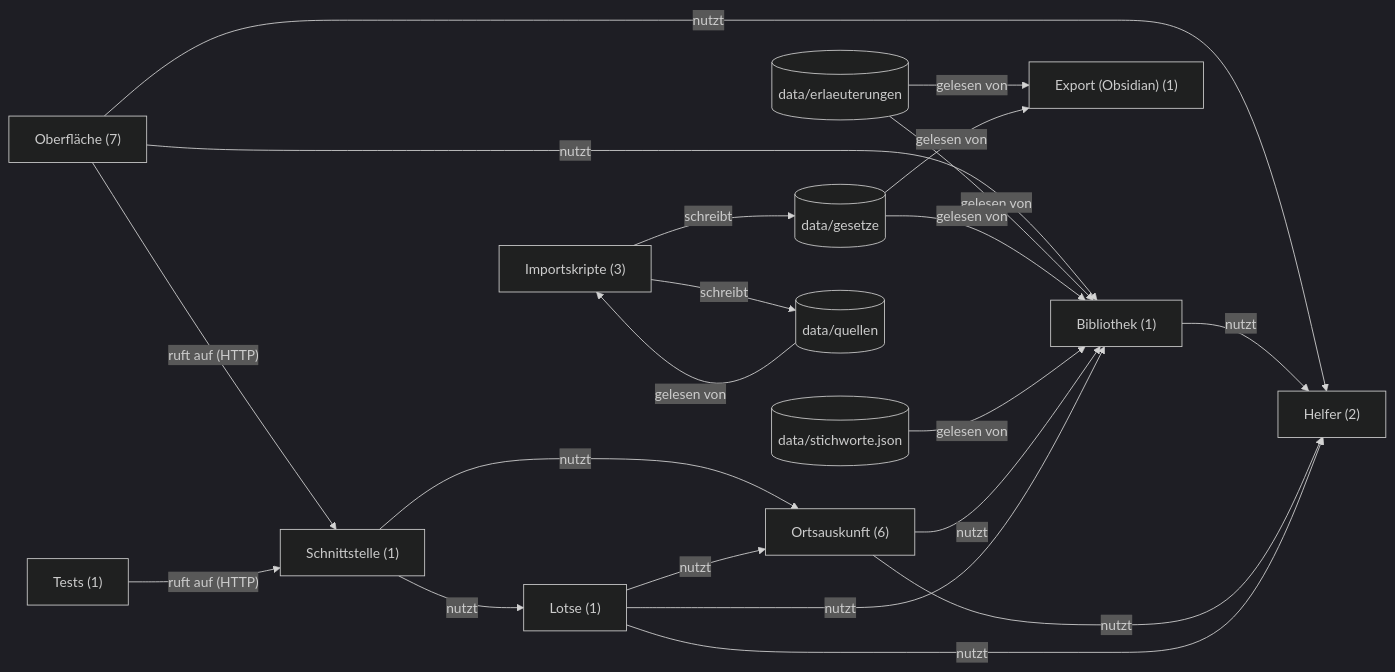
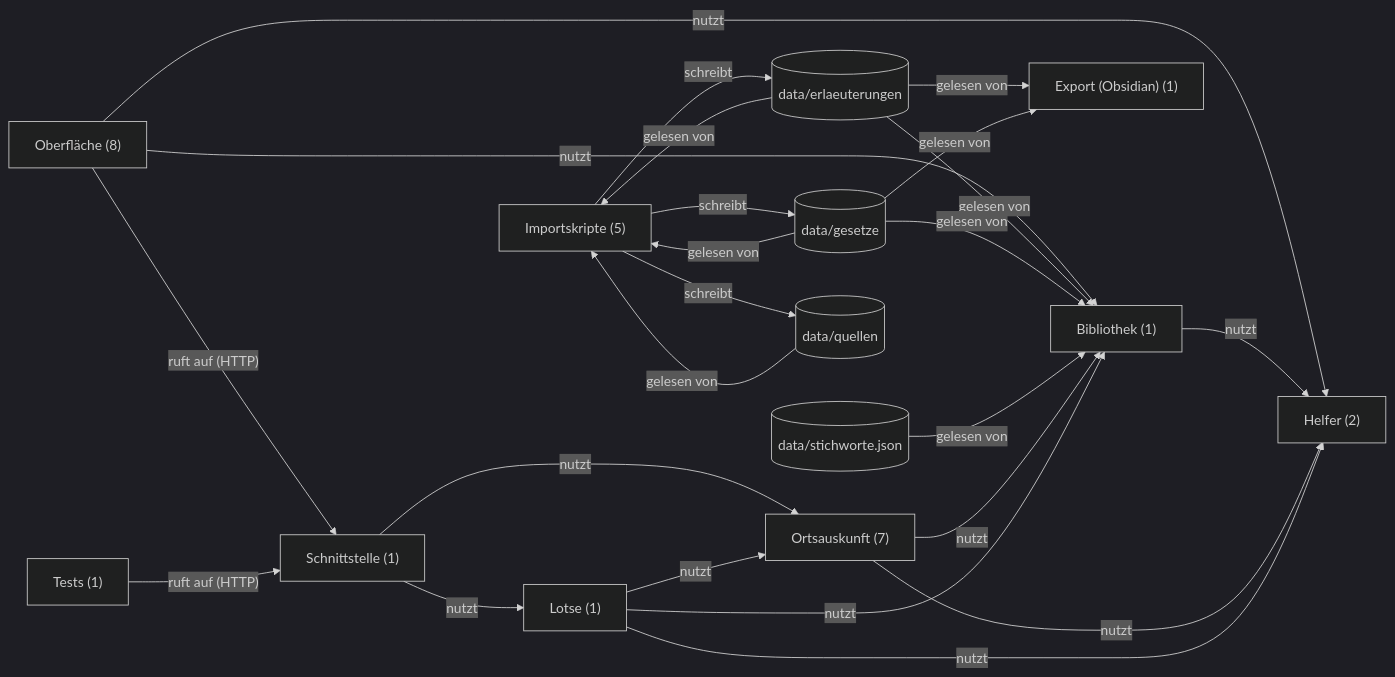
The first of 2 diagrams in obsidian/Projekt/Architektur.md (Jade-HS-Vibecoding-WPK/Bau-Normen), drawn with Mermaid (dark theme) before and after one commit. The commit also changed other lines of this file and 121 other files, not shown here.

````diff
--- a/obsidian/Projekt/Architektur.md
+++ b/obsidian/Projekt/Architektur.md
@@ -45,36 +45,39 @@
 ```mermaid
 flowchart LR
-  B0["Importskripte (3)"]
+  B0["Importskripte (5)"]
   B1["Bibliothek (1)"]
   B2["Lotse (1)"]
-  B3["Ortsauskunft (6)"]
+  B3["Ortsauskunft (7)"]
   B4["Schnittstelle (1)"]
-  B5["Oberfläche (7)"]
+  B5["Oberfläche (8)"]
   B6["Helfer (2)"]
   B7["Tests (1)"]
   B8["Export (Obsidian) (1)"]
   D0[("data/erlaeuterungen")]
   D1[("data/gesetze")]
   D2[("data/stichworte.json")]
   D3[("data/quellen")]
   B4 -->|"nutzt"| B3
   B4 -->|"nutzt"| B2
   B5 -->|"nutzt"| B1
   B5 -->|"nutzt"| B6
   B5 -->|"ruft auf (HTTP)"| B4
   B1 -->|"nutzt"| B6
   D0 -->|"gelesen von"| B1
   D1 -->|"gelesen von"| B1
   D2 -->|"gelesen von"| B1
   B3 -->|"nutzt"| B1
   B3 -->|"nutzt"| B6
   B2 -->|"nutzt"| B1
   B2 -->|"nutzt"| B3
   B2 -->|"nutzt"| B6
+  D0 -->|"gelesen von"| B0
+  B0 -->|"schreibt"| D0
+  D1 -->|"gelesen von"| B0
   D0 -->|"gelesen von"| B8
   D1 -->|"gelesen von"| B8
   B0 -->|"schreibt"| D1
   B0 -->|"schreibt"| D3
   D3 -->|"gelesen von"| B0
   B7 -->|"ruft auf (HTTP)"| B4
 ```
````
